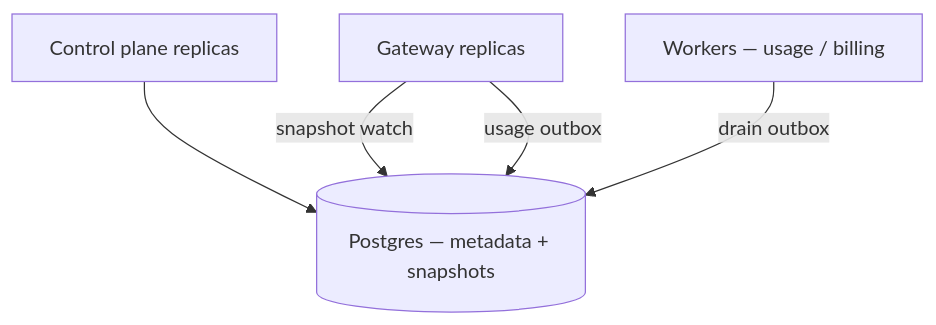
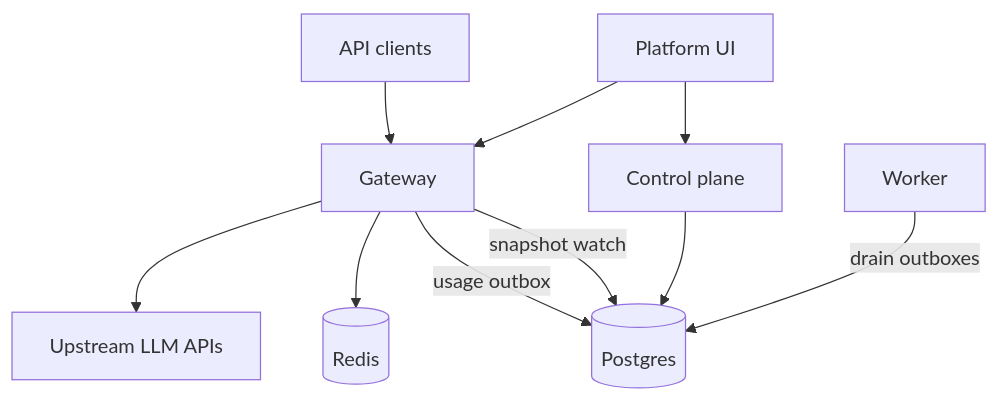
The diagram in docs/deployment.md (curefatih/afi), drawn with Mermaid before and after one commit. The commit also changed other lines of this file and 8 other files, not shown here.

````diff
--- a/docs/deployment.md
+++ b/docs/deployment.md
@@ -9,12 +7,20 @@
 ```mermaid
 flowchart TB
-  CP[Control plane replicas]
-  GW[Gateway replicas]
-  PG[(Postgres — metadata + snapshots)]
-  W[Workers — usage / billing]
+  UI[Platform UI]
+  CP[Control plane]
+  GW[Gateway]
+  W[Worker]
+  PG[(Postgres)]
+  RD[(Redis)]
+  Prov[Upstream LLM APIs]
 
+  UI --> CP
+  UI --> GW
+  Clients[API clients] --> GW
   CP --> PG
   GW -->|snapshot watch| PG
   GW -->|usage outbox| PG
-  W -->|drain outbox| PG
+  GW --> RD
+  GW --> Prov
+  W -->|drain outboxes| PG
 ```
````
